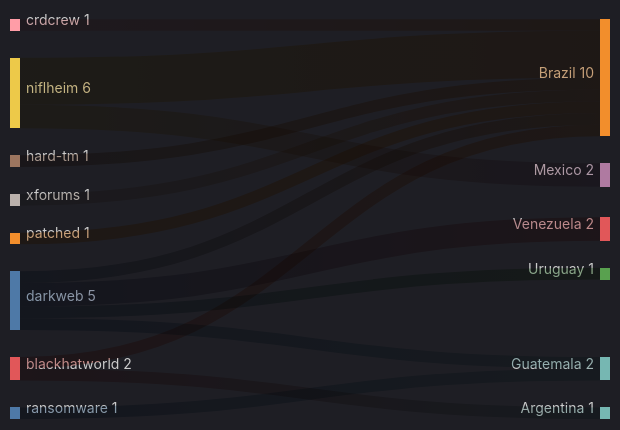
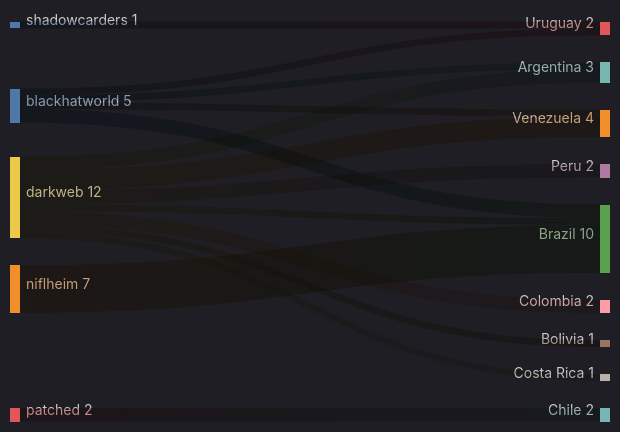
One commit to ZoqueLabs/website changed the fourth of 5 diagrams in exfiltradaz.md. Above: the diagram before and after it, drawn with Mermaid. The commit also changed other lines of this file, not shown here.

````diff
--- a/exfiltradaz.md
+++ b/exfiltradaz.md
@@ -99,20 +112,21 @@
 ```mermaid
 ---
 config:
   theme: dark
 ---
 sankey-beta
+  blackhatworld,Venezuela,1
+  blackhatworld,Uruguay,1
+  blackhatworld,Argentina,1
+  blackhatworld,Brazil,2
+  darkweb,Peru,2
+  darkweb,Colombia,2
+  darkweb,Venezuela,3
+  darkweb,Argentina,2
+  darkweb,Bolivia,1
   darkweb,Brazil,1
-  darkweb,Venezuela,2
-  darkweb,Guatemala,1
-  darkweb,Uruguay,1
-  niflheim,Brazil,4
-  niflheim,Mexico,2
-  crdcrew,Brazil,1
-  hard-tm,Brazil,1
-  xforums,Brazil,1
-  ransomware,Guatemala,1
-  patched,Brazil,1
-  blackhatworld,Brazil,1
-  blackhatworld,Argentina,1
+  darkweb,Costa Rica,1
+  shadowcarders,Uruguay,1
+  niflheim,Brazil,7
+  patched,Chile,2
 ```
````
